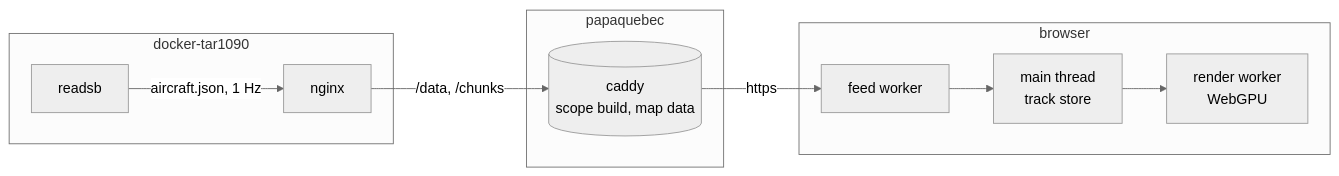
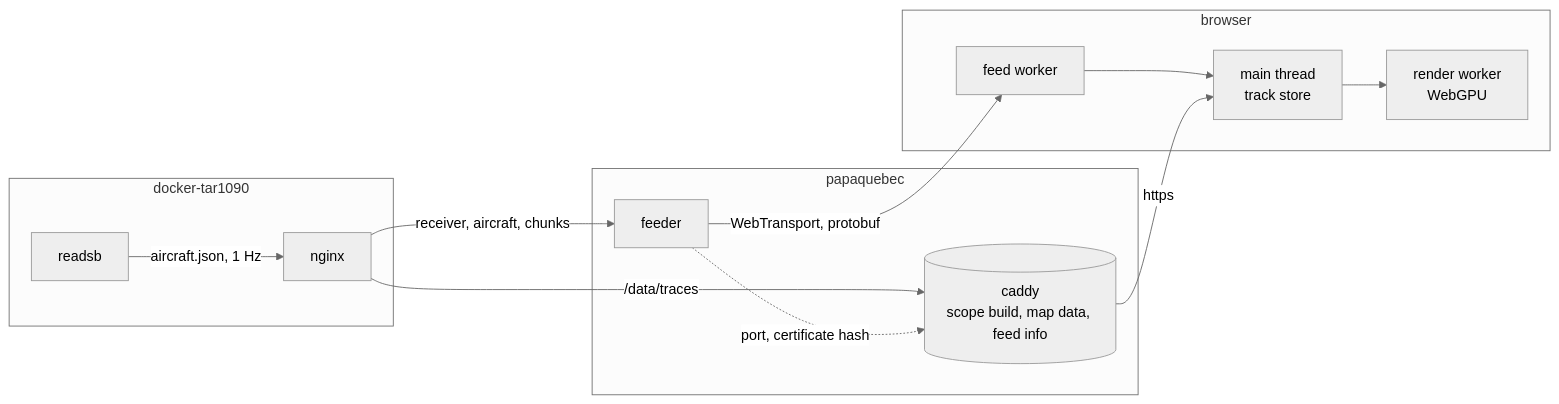
Before and after one commit to yaumu3/papaquebec: the diagram in README.md, drawn with Mermaid (neutral theme). The commit also changed other lines of this file and 67 other files, not shown here.

Commit message:
feat: push the feed from a Rust feeder over WebTransport (#24)

````diff
--- a/README.md
+++ b/README.md
@@ -158,13 +176,16 @@
 ```mermaid
 flowchart LR
     subgraph c["docker-tar1090"]
         readsb -- "aircraft.json, 1 Hz" --> nginx
     end
     subgraph p["papaquebec"]
-        caddy[("caddy<br/>scope build, map data")]
+        caddy[("caddy<br/>scope build, map data, feed info")]
+        feeder
     end
     subgraph b["browser"]
         feed[feed worker] --> store[main thread<br/>track store] --> render[render worker<br/>WebGPU]
     end
-    nginx -- "/data, /chunks" --> caddy -- https --> feed
+    nginx -- "/data/traces" --> caddy -- https --> store
+    nginx -- "receiver, aircraft, chunks" --> feeder -- "WebTransport, protobuf" --> feed
+    feeder -. "port, certificate hash" .-> caddy
 ```
````
